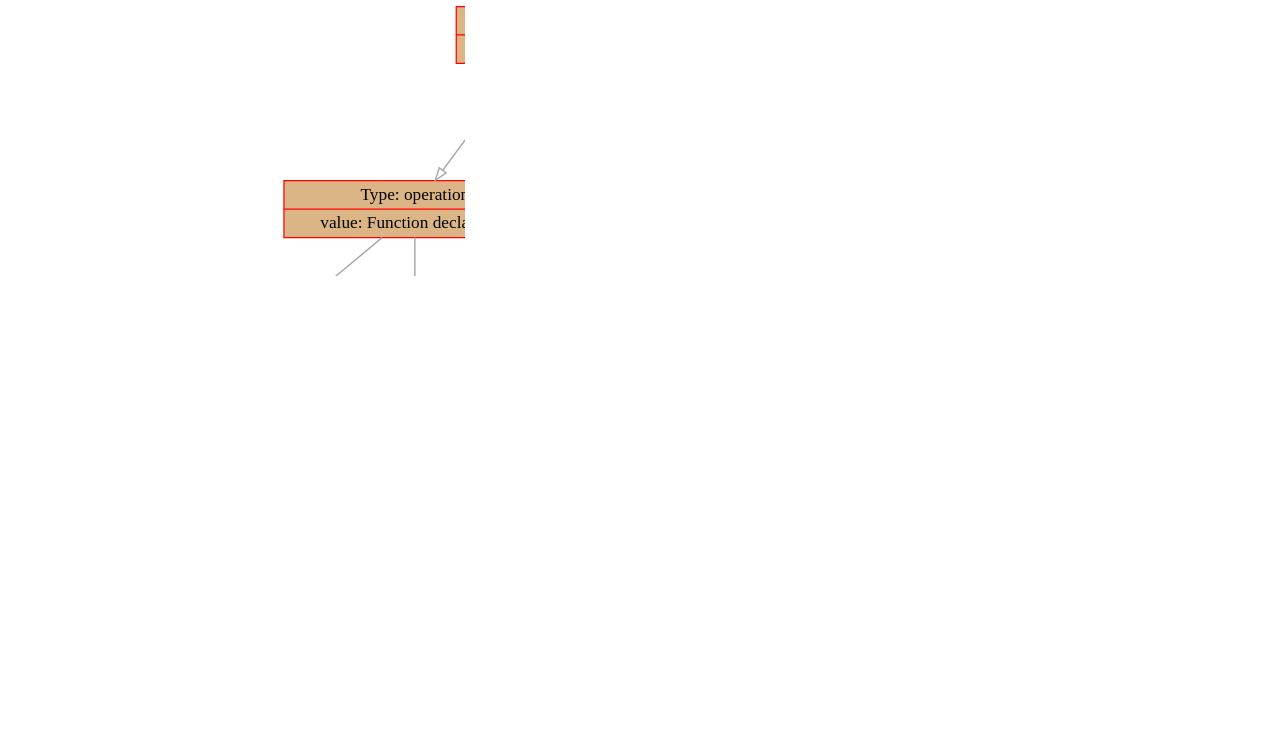
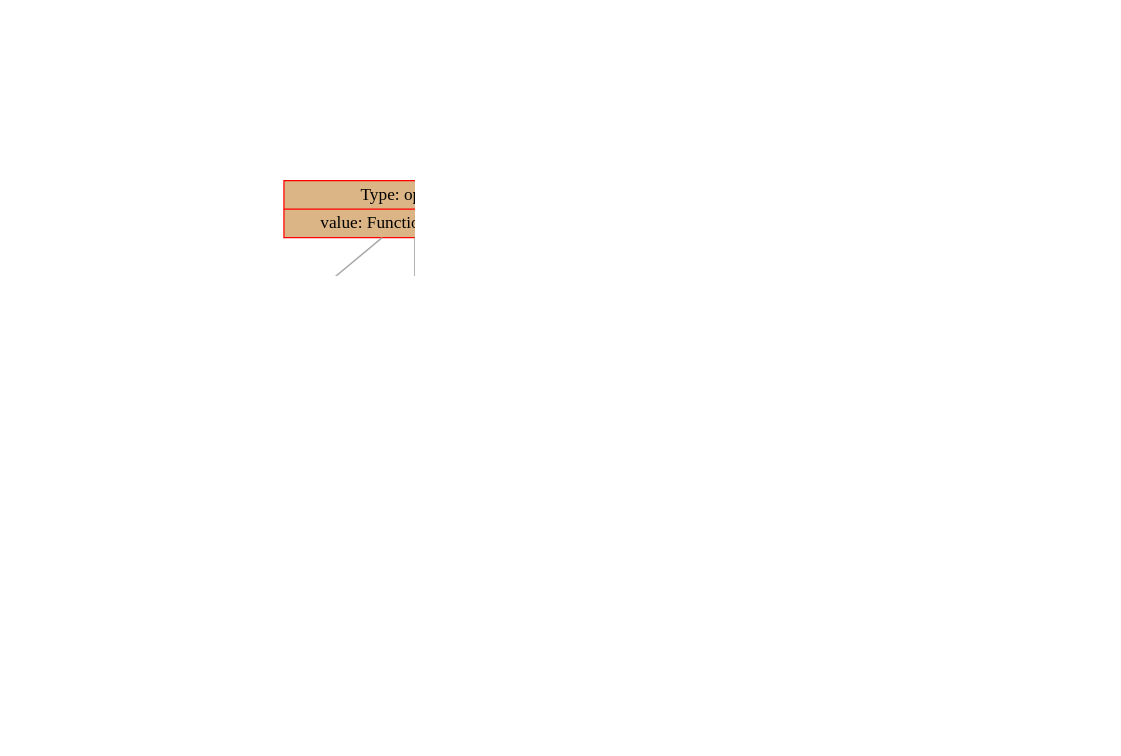
One commit to dodokek/ProgrammingLanguage changed the diagram in backend/data/graph.dot. Above: the diagram before and after it, drawn with Graphviz. The commit also changed 5 other files, not shown here.

```diff
--- a/backend/data/graph.dot
+++ b/backend/data/graph.dot
@@ -1,55 +1,55 @@
 
     digraph g {
         dpi      = 200;
         fontname = "Comic Sans MS";
         fontsize = 20;
         rankdir   =  TB;
         edge [color = darkgrey, arrowhead = onormal, arrowsize = 1, penwidth = 1.2]
         graph[fillcolor = lightgreen, ranksep = 1.3, nodesep = 0.5,
         style = "rounded, filled",color = green, penwidth = 2]
 
-    Node00000273c04c6780[shape=record, width=0.2, style="filled", color="red", fillcolor="#DBB585",label=" {Type: operation | value: Statement}"] 
+    Node000001d313fe6810[shape=record, width=0.2, style="filled", color="red", fillcolor="#DBB585",label=" {Type: operation | value: Statement}"] 
  
-Node00000273c04c1d70[shape=record, width=0.2, style="filled", color="red", fillcolor="#DBB585",label=" {Type: operation | value: Function declaration}"] 
+Node000001d313fe1d70[shape=record, width=0.2, style="filled", color="red", fillcolor="#DBB585",label=" {Type: operation | value: Function declaration}"] 
  
-Node00000273c04c1c50[shape=record, width=0.2, style="filled", color="red", fillcolor="#19DB27",label=" {Function name |Name: main}"] 
+Node000001d313fe1c50[shape=record, width=0.2, style="filled", color="red", fillcolor="#19DB27",label=" {Function name |Name: main}"] 
  
-Node00000273c04c1d40[shape=record, width=0.2, style="filled", color="red", fillcolor="#DBB585",label=" {Type: operation | value: Statement}"] 
+Node000001d313fe1d40[shape=record, width=0.2, style="filled", color="red", fillcolor="#DBB585",label=" {Type: operation | value: Statement}"] 
  
-Node00000273c04c1ce0[shape=record, width=0.2, style="filled", color="red", fillcolor="#DBB585",label=" {Type: operation | value: +}"] 
+Node000001d313fe1ce0[shape=record, width=0.2, style="filled", color="red", fillcolor="#DBB585",label=" {Type: operation | value: +}"] 
  
-Node00000273c04c1c80[shape=record, width=0.2, style="filled", color="red", fillcolor="#DB8E21",label=" {Type: number | value: 1}"] 
+Node000001d313fe1c80[shape=record, width=0.2, style="filled", color="red", fillcolor="#DB8E21",label=" {Type: number | value: 1}"] 
  
-Node00000273c04c1cb0[shape=record, width=0.2, style="filled", color="red", fillcolor="#DB8E21",label=" {Type: number | value: 1}"] 
+Node000001d313fe1cb0[shape=record, width=0.2, style="filled", color="red", fillcolor="#DB8E21",label=" {Type: number | value: 1}"] 
  
-Node00000273c04c1d10[shape=record, width=0.2, style="filled", color="red", fillcolor="#DBB585",label=" {Type: operation | value: Return of function}"] 
+Node000001d313fe1d10[shape=record, width=0.2, style="filled", color="red", fillcolor="#DBB585",label=" {Type: operation | value: Return of function}"] 
  
-Node00000273c04c6700[shape=record, width=0.2, style="filled", color="red", fillcolor="#DBB585",label=" {Type: operation | value: if}"] 
+Node000001d313fe66a0[shape=record, width=0.2, style="filled", color="red", fillcolor="#DBB585",label=" {Type: operation | value: if}"] 
  
-Node00000273c04c6640[shape=record, width=0.2, style="filled", color="red", fillcolor="#DBB585",label=" {Type: operation | value: ==}"] 
+Node000001d313fe65e0[shape=record, width=0.2, style="filled", color="red", fillcolor="#DBB585",label=" {Type: operation | value: ==}"] 
  
-Node00000273c04c1da0[shape=record, width=0.2, style="filled", color="red", fillcolor="#DB8E21",label=" {Type: number | value: 2}"] 
+Node000001d313fe6580[shape=record, width=0.2, style="filled", color="red", fillcolor="#DB8E21",label=" {Type: number | value: 2}"] 
  
-Node00000273c04c6610[shape=record, width=0.2, style="filled", color="red", fillcolor="#DB8E21",label=" {Type: number | value: 5}"] 
+Node000001d313fe65b0[shape=record, width=0.2, style="filled", color="red", fillcolor="#DB8E21",label=" {Type: number | value: 5}"] 
  
-Node00000273c04c66d0[shape=record, width=0.2, style="filled", color="red", fillcolor="#DBB585",label=" {Type: operation | value: else}"] 
+Node000001d313fe6670[shape=record, width=0.2, style="filled", color="red", fillcolor="#DBB585",label=" {Type: operation | value: else}"] 
  
-Node00000273c04c6670[shape=record, width=0.2, style="filled", color="red", fillcolor="#DB8E21",label=" {Type: number | value: 1}"] 
+Node000001d313fe6640[shape=record, width=0.2, style="filled", color="red", fillcolor="#DBB585",label=" {Type: operation | value: Function call}"] 
  
-Node00000273c04c66a0[shape=record, width=0.2, style="filled", color="red", fillcolor="#DB8E21",label=" {Type: number | value: 2}"] 
+Node000001d313fe6610[shape=record, width=0.2, style="filled", color="red", fillcolor="#19DB27",label=" {Function name |Name: main}"] 
  
-Node00000273c04c6780->Node00000273c04c1d70
-Node00000273c04c1d70->Node00000273c04c1c50
-Node00000273c04c1d70->Node00000273c04c1d40
-Node00000273c04c1d40->Node00000273c04c1ce0
-Node00000273c04c1ce0->Node00000273c04c1c80
-Node00000273c04c1ce0->Node00000273c04c1cb0
-Node00000273c04c1d40->Node00000273c04c1d10
-Node00000273c04c6780->Node00000273c04c6700
-Node00000273c04c6700->Node00000273c04c6640
-Node00000273c04c6640->Node00000273c04c1da0
-Node00000273c04c6640->Node00000273c04c6610
-Node00000273c04c6700->Node00000273c04c66d0
-Node00000273c04c66d0->Node00000273c04c6670
-Node00000273c04c66d0->Node00000273c04c66a0
+Node000001d313fe6810->Node000001d313fe1d70
+Node000001d313fe1d70->Node000001d313fe1c50
+Node000001d313fe1d70->Node000001d313fe1d40
+Node000001d313fe1d40->Node000001d313fe1ce0
+Node000001d313fe1ce0->Node000001d313fe1c80
+Node000001d313fe1ce0->Node000001d313fe1cb0
+Node000001d313fe1d40->Node000001d313fe1d10
+Node000001d313fe6810->Node000001d313fe66a0
+Node000001d313fe66a0->Node000001d313fe65e0
+Node000001d313fe65e0->Node000001d313fe6580
+Node000001d313fe65e0->Node000001d313fe65b0
+Node000001d313fe66a0->Node000001d313fe6670
+Node000001d313fe6670->Node000001d313fe6640
+Node000001d313fe6640->Node000001d313fe6610
 }
```
